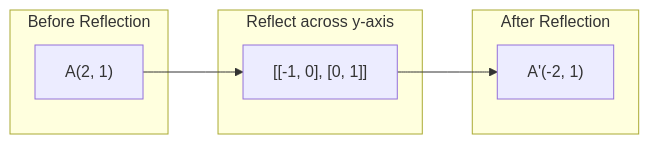
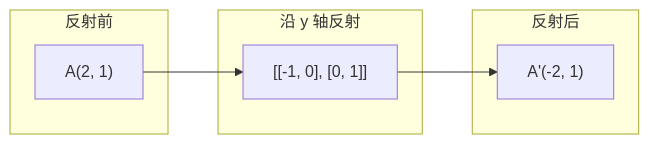
The fifth of 7 diagrams in phases/01-math-foundations/03-matrix-transformations/docs/zh.md (JerryC8080/ai-engineering-from-scratch-zh), drawn with Mermaid before and after one commit. The commit also changed other lines of this file and 156 other files, not shown here.

First line of the commit message:
i18n(zh): translate mermaid diagram labels in 157 lesson zh.md

````diff
--- a/phases/01-math-foundations/03-matrix-transformations/docs/zh.md
+++ b/phases/01-math-foundations/03-matrix-transformations/docs/zh.md
@@ -135,13 +135,13 @@
 ```mermaid
 graph LR
-    subgraph Before["Before Reflection"]
+    subgraph Before["反射前"]
         A["A(2, 1)"]
     end
-    subgraph Reflect["Reflect across y-axis"]
+    subgraph Reflect["沿 y 轴反射"]
         R["[[-1, 0], [0, 1]]"]
     end
-    subgraph After["After Reflection"]
+    subgraph After["反射后"]
         Ap["A'(-2, 1)"]
     end
     A --> R --> Ap
 ```
````
